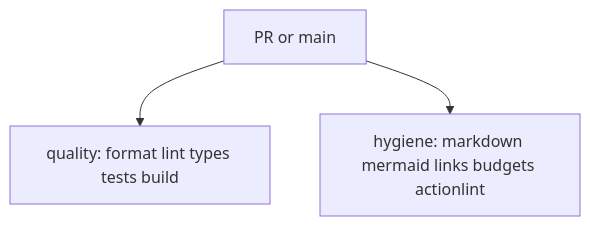
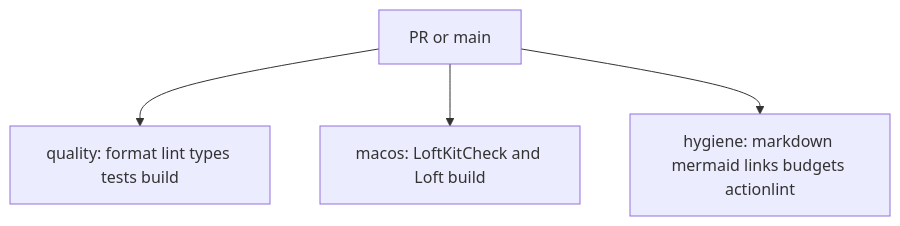
The diagram in docs/operations/ci.md (smeltery/loft), drawn with Mermaid before and after one commit. The commit also changed other lines of this file and 69 other files, not shown here.

````diff
--- a/docs/operations/ci.md
+++ b/docs/operations/ci.md
@@ -6,8 +6,10 @@
 ```mermaid
 flowchart TB
   pr[PR or main]
   q[quality: format lint types tests build]
+  m[macos: LoftKitCheck and Loft build]
   h[hygiene: markdown mermaid links budgets actionlint]
   pr --> q
+  pr --> m
   pr --> h
 ```
````
